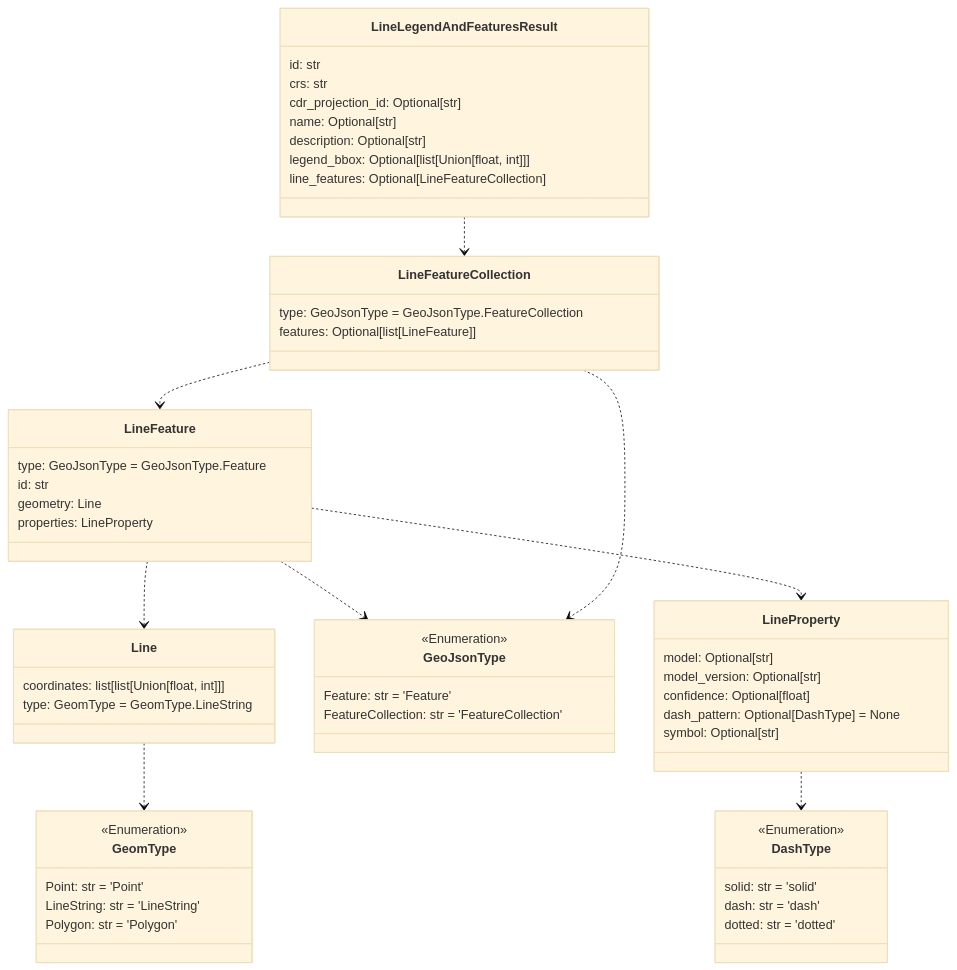
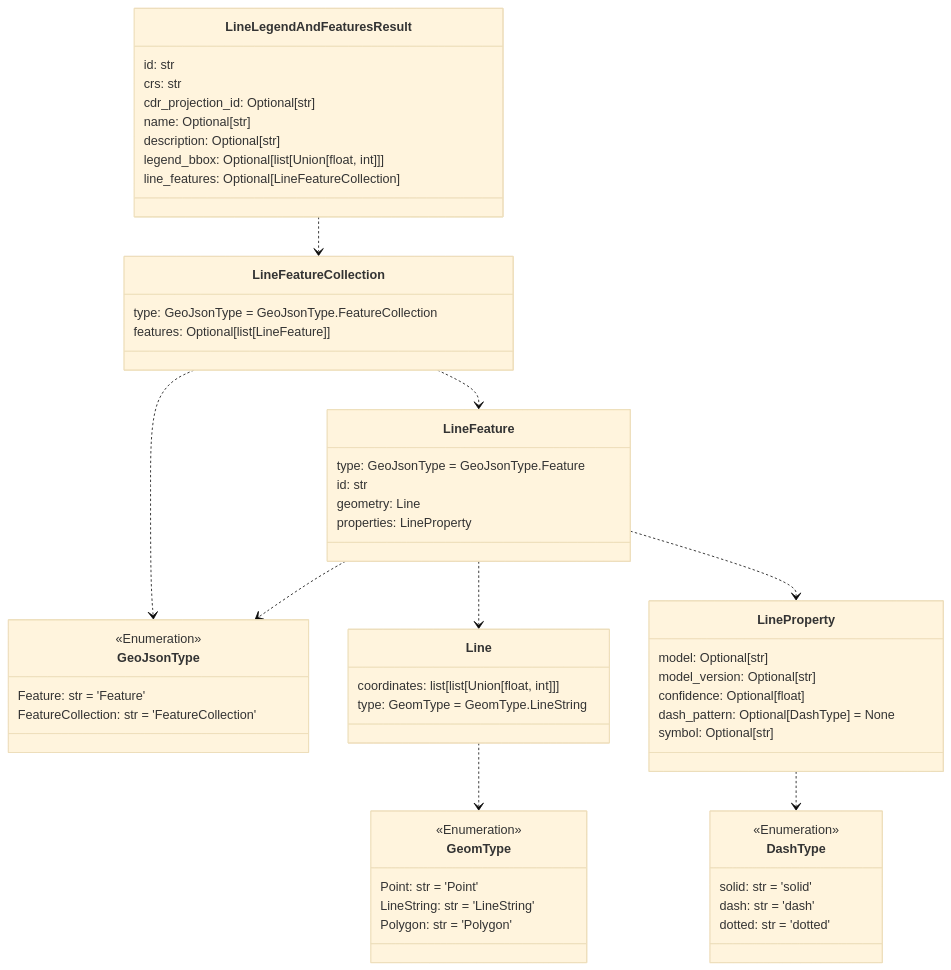
The sixth of 12 diagrams in README.md (DARPA-CRITICALMAAS/cdr_schemas), drawn with Mermaid (base theme) before and after one commit. The commit also changed other lines of this file and 2 other files, not shown here.

````diff
--- a/README.md
+++ b/README.md
@@ -395,69 +411,69 @@
 ```mermaid
 classDiagram
+
+    class LineFeature {
+        type: GeoJsonType = GeoJsonType.Feature
+        id: str
+        geometry: Line
+        properties: LineProperty
+    }
 
     class LineProperty {
         model: Optional[str]
         model_version: Optional[str]
         confidence: Optional[float]
         dash_pattern: Optional[DashType] = None
         symbol: Optional[str]
+    }
+
+    class DashType {
+        <<Enumeration>>
+        solid: str = 'solid'
+        dash: str = 'dash'
+        dotted: str = 'dotted'
     }
 
     class LineLegendAndFeaturesResult {
         id: str
         crs: str
         cdr_projection_id: Optional[str]
         name: Optional[str]
         description: Optional[str]
         legend_bbox: Optional[list[Union[float, int]]]
         line_features: Optional[LineFeatureCollection]
     }
 
     class GeoJsonType {
         <<Enumeration>>
         Feature: str = 'Feature'
         FeatureCollection: str = 'FeatureCollection'
     }
 
-    class DashType {
-        <<Enumeration>>
-        solid: str = 'solid'
-        dash: str = 'dash'
-        dotted: str = 'dotted'
-    }
-
-    class Line {
-        coordinates: list[list[Union[float, int]]]
-        type: GeomType = GeomType.LineString
-    }
-
-    class LineFeature {
-        type: GeoJsonType = GeoJsonType.Feature
-        id: str
-        geometry: Line
-        properties: LineProperty
+    class LineFeatureCollection {
+        type: GeoJsonType = GeoJsonType.FeatureCollection
+        features: Optional[list[LineFeature]]
     }
 
     class GeomType {
         <<Enumeration>>
         Point: str = 'Point'
         LineString: str = 'LineString'
         Polygon: str = 'Polygon'
     }
 
-    class LineFeatureCollection {
-        type: GeoJsonType = GeoJsonType.FeatureCollection
-        features: Optional[list[LineFeature]]
+    class Line {
+        coordinates: list[list[Union[float, int]]]
+        type: GeomType = GeomType.LineString
     }
 
     Line ..> GeomType
     LineProperty ..> DashType
+    LineFeature ..> GeoJsonType
     LineFeature ..> Line
-    LineFeature ..> GeoJsonType
     LineFeature ..> LineProperty
+    LineFeatureCollection ..> GeoJsonType
     LineFeatureCollection ..> LineFeature
-    LineFeatureCollection ..> GeoJsonType
     LineLegendAndFeaturesResult ..> LineFeatureCollection
 
 
 ```
````
